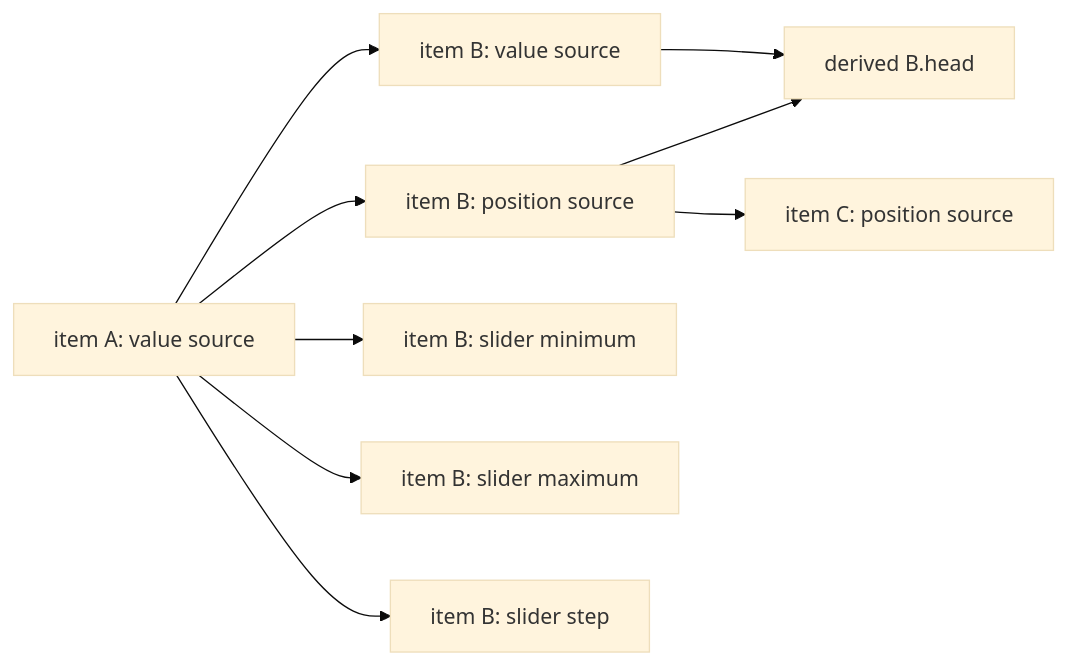
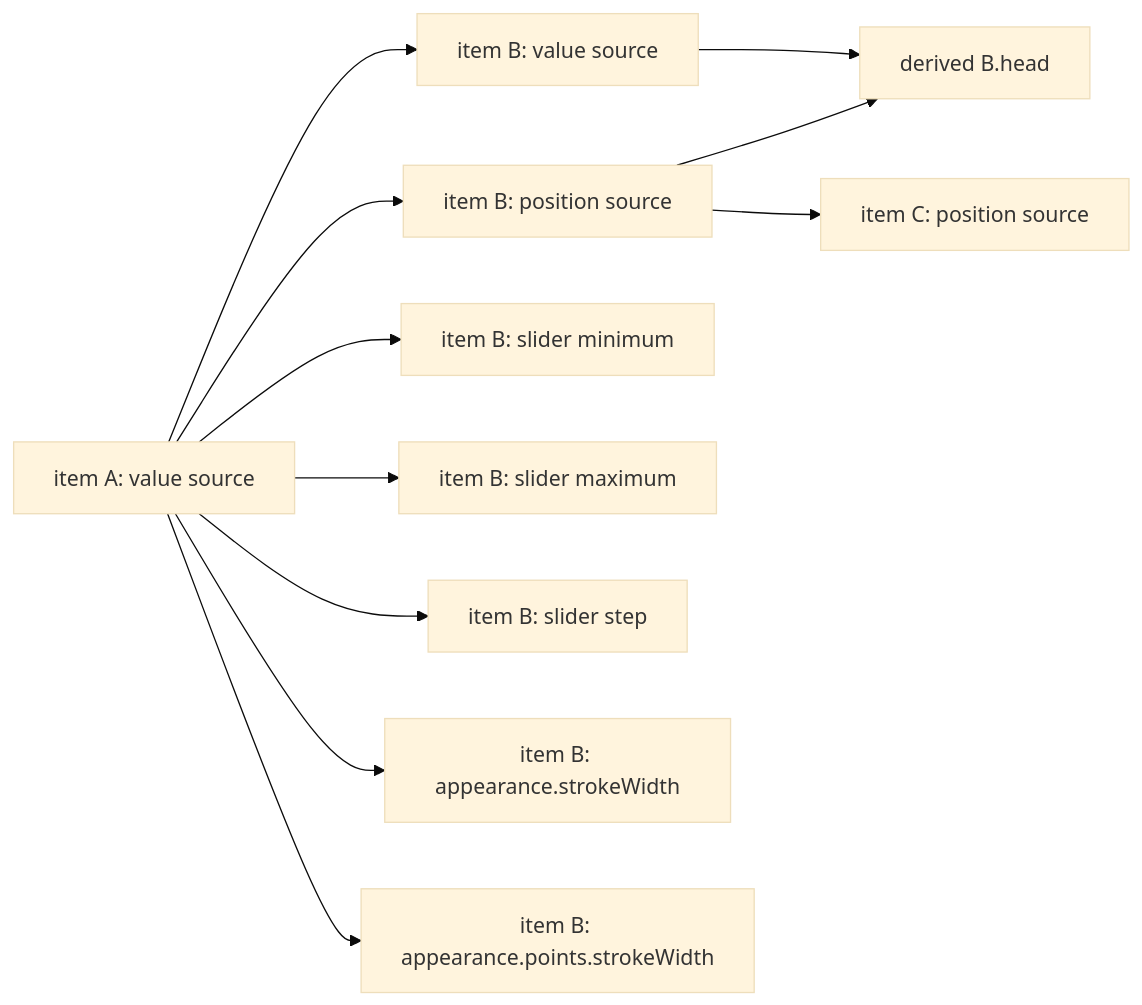
Before and after one commit to eharquin/gamut: the second of 2 diagrams in docs/specifications/document-format.md, drawn with Mermaid (base theme). The commit also changed other lines of this file and 12 other files, not shown here.

````diff
--- a/docs/specifications/document-format.md
+++ b/docs/specifications/document-format.md
@@ -349,11 +459,13 @@
 ```mermaid
 flowchart LR
     A["item A: value source"] --> B["item B: value source"]
     A --> BP["item B: position source"]
     BP --> C["item C: position source"]
     B --> H["derived B.head"]
     BP --> H
     A --> MIN["item B: slider minimum"]
     A --> MAX["item B: slider maximum"]
     A --> STEP["item B: slider step"]
+    A --> W["item B: appearance.strokeWidth"]
+    A --> PW["item B: appearance.points.strokeWidth"]
 ```
````
